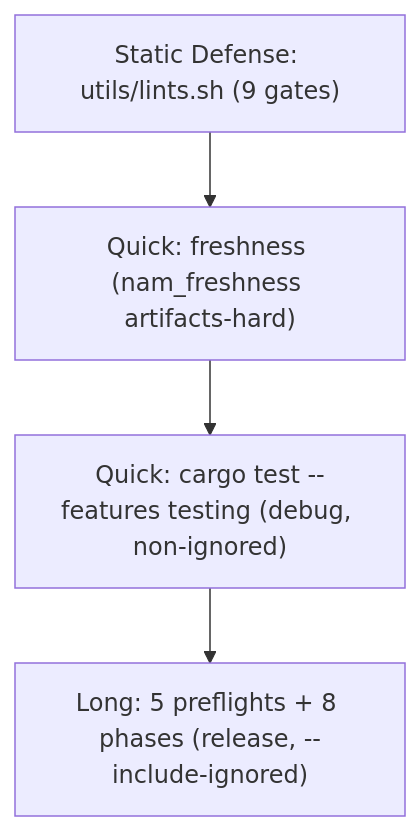
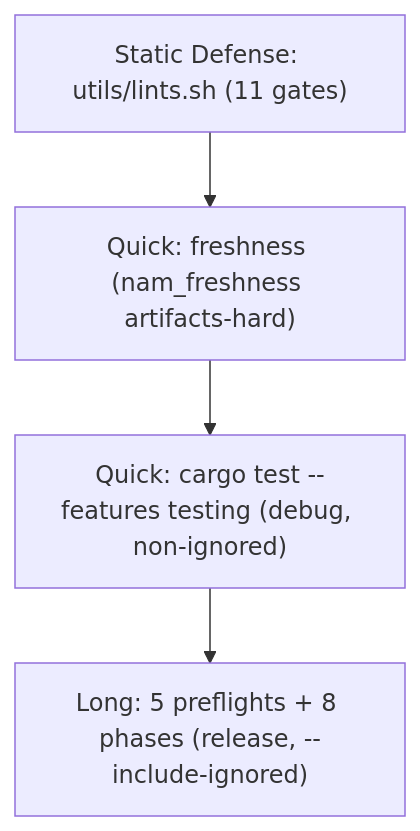
Before and after one commit to fabiohl/NeuralAmpModeler-rs: the second of 2 diagrams in docs/testing.md, drawn with Mermaid. The commit also changed other lines of this file and 123 other files, not shown here.

````diff
--- a/docs/testing.md
+++ b/docs/testing.md
@@ -128,6 +134,6 @@
 ```mermaid
 graph TD
-    L0["Static Defense: utils/lints.sh (9 gates)"] --> Q1["Quick: freshness (nam_freshness artifacts-hard)"]
+    L0["Static Defense: utils/lints.sh (11 gates)"] --> Q1["Quick: freshness (nam_freshness artifacts-hard)"]
     Q1 --> Q2["Quick: cargo test --features testing (debug, non-ignored)"]
     Q2 --> L1["Long: 5 preflights + 8 phases (release, --include-ignored)"]
 ```
````
